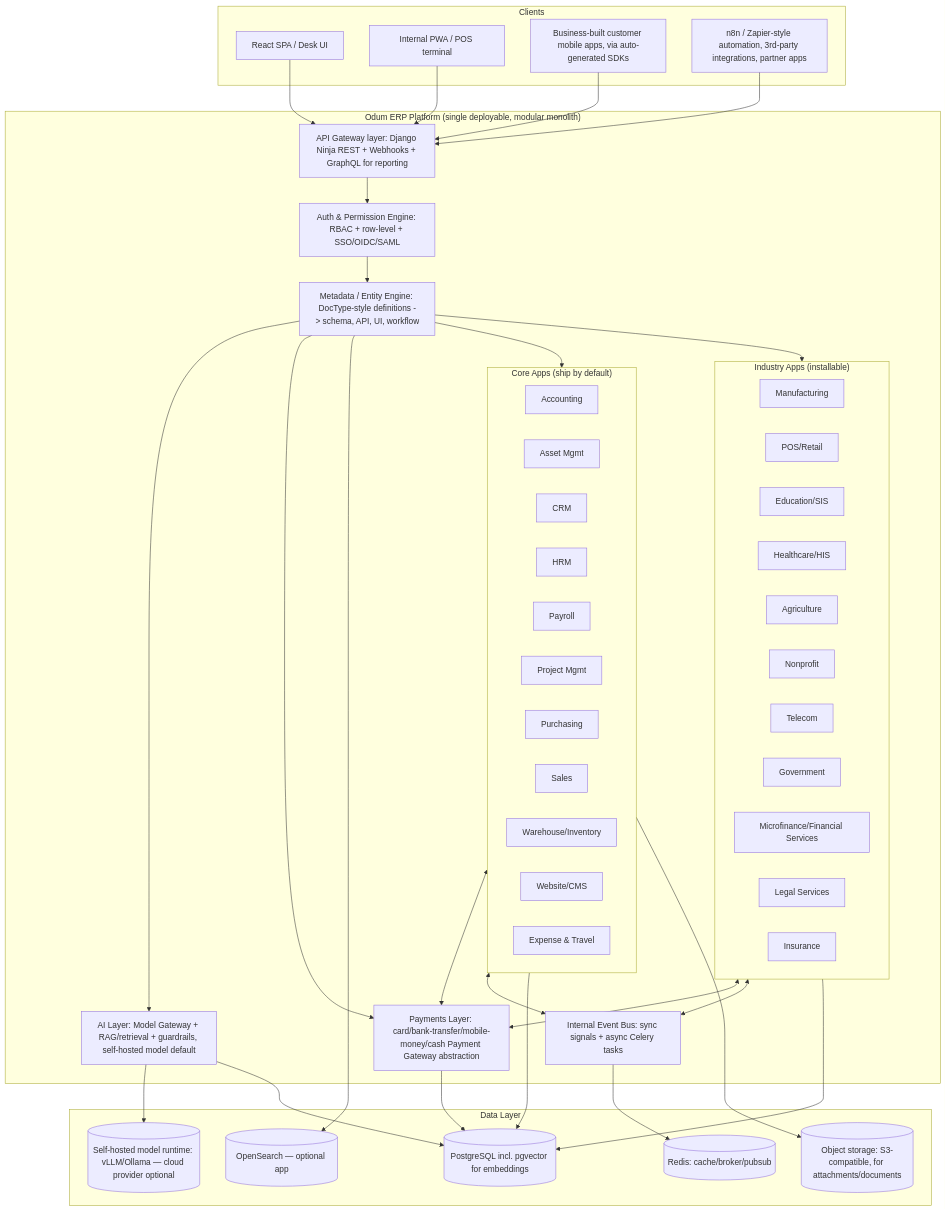
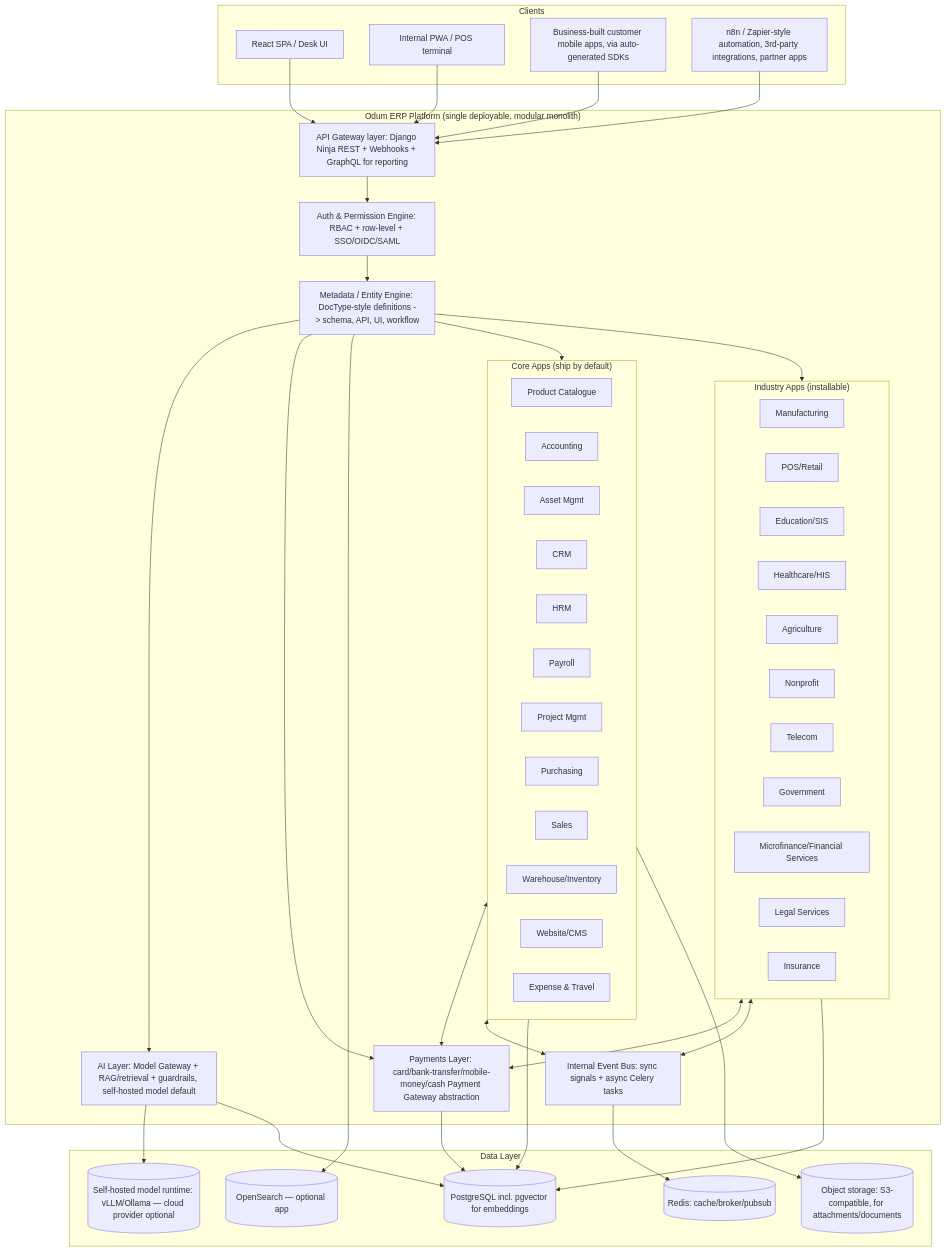
Before and after one commit to magbotta/odum-erp-suite: the diagram in CLAUDE.md, drawn with Mermaid. The commit also changed other lines of this file and 2 other files, not shown here.

````diff
--- a/CLAUDE.md
+++ b/CLAUDE.md
@@ -65,76 +101,77 @@
 ```mermaid
 flowchart TB
     subgraph Client["Clients"]
         WEB[React SPA / Desk UI]
         MOBILE[Internal PWA / POS terminal]
         CUSTAPP[Business-built customer mobile apps, via auto-generated SDKs]
         EXT[n8n / Zapier-style automation, 3rd-party integrations, partner apps]
     end
 
     subgraph Platform["Odum ERP Platform (single deployable, modular monolith)"]
         GATEWAY[API Gateway layer: Django Ninja REST + Webhooks + GraphQL for reporting]
         AUTHZ[Auth & Permission Engine: RBAC + row-level + SSO/OIDC/SAML]
         META[Metadata / Entity Engine: DocType-style definitions -> schema, API, UI, workflow]
         AI[AI Layer: Model Gateway + RAG/retrieval + guardrails, self-hosted model default]
         PAY[Payments Layer: card/bank-transfer/mobile-money/cash Payment Gateway abstraction]
         BUS[Internal Event Bus: sync signals + async Celery tasks]
 
         subgraph CoreApps["Core Apps (ship by default)"]
+            PC[Product Catalogue]
             ACC[Accounting]
             AST[Asset Mgmt]
             CRM[CRM]
             HRM[HRM]
             PYR[Payroll]
             PROJ[Project Mgmt]
             PUR[Purchasing]
             SAL[Sales]
             WH[Warehouse/Inventory]
             SITE[Website/CMS]
             EXP[Expense & Travel]
         end
 
         subgraph IndustryApps["Industry Apps (installable)"]
             MFG[Manufacturing]
             POS[POS/Retail]
             SIS[Education/SIS]
             HIS[Healthcare/HIS]
             AGR[Agriculture]
             NPO[Nonprofit]
             TEL[Telecom]
             GOV[Government]
             MFI[Microfinance/Financial Services]
             LEGAL[Legal Services]
             INS[Insurance]
         end
     end
 
     subgraph Data["Data Layer"]
         PG[(PostgreSQL incl. pgvector for embeddings)]
         REDIS[(Redis: cache/broker/pubsub)]
         SEARCH[(OpenSearch — optional app)]
         FILES[(Object storage: S3-compatible, for attachments/documents)]
         LLM[(Self-hosted model runtime: vLLM/Ollama — cloud provider optional)]
     end
 
     WEB --> GATEWAY
     MOBILE --> GATEWAY
     CUSTAPP --> GATEWAY
     EXT --> GATEWAY
     GATEWAY --> AUTHZ --> META
     META --> CoreApps
     META --> IndustryApps
     META --> AI
     AI --> LLM
     AI --> PG
     META --> PAY
     PAY --> PG
     CoreApps <--> PAY
     IndustryApps <--> PAY
     CoreApps <--> BUS
     IndustryApps <--> BUS
     CoreApps --> PG
     IndustryApps --> PG
     BUS --> REDIS
     META --> SEARCH
     CoreApps --> FILES
 ```
````
